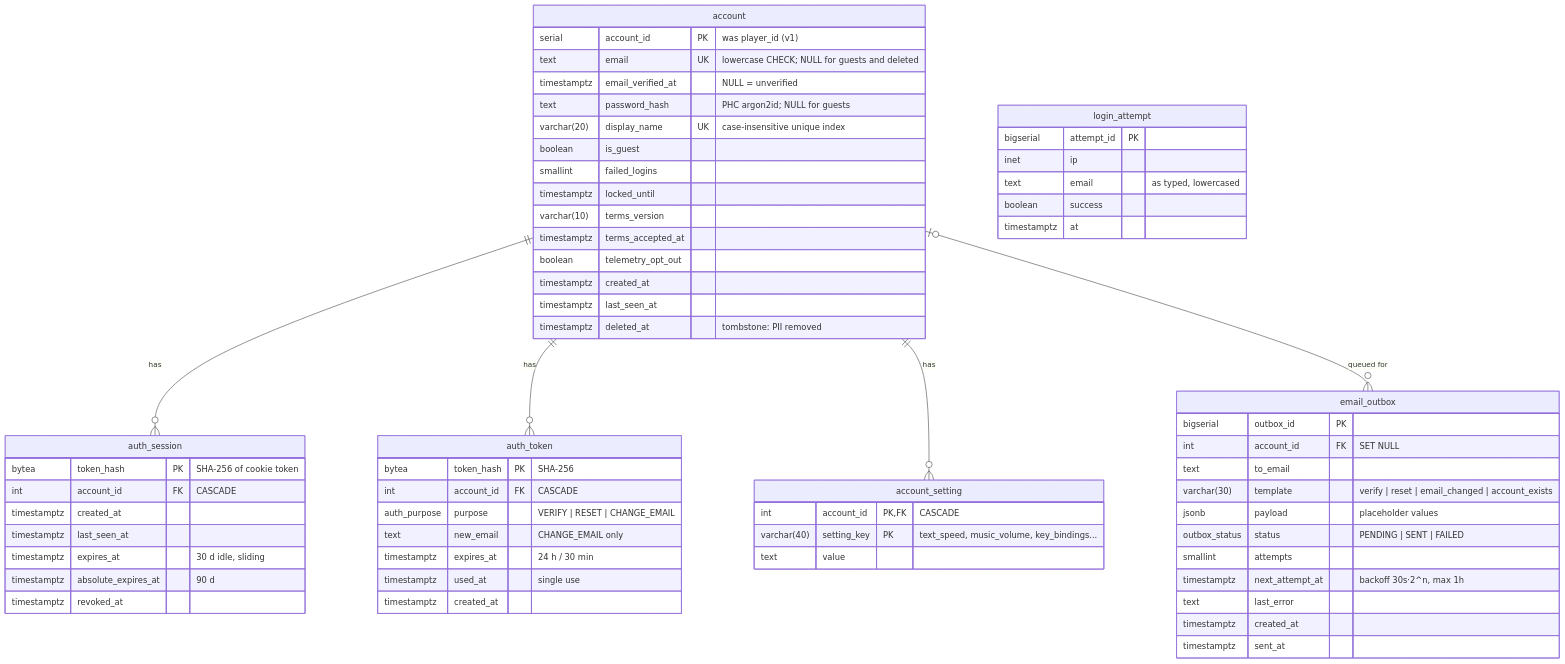
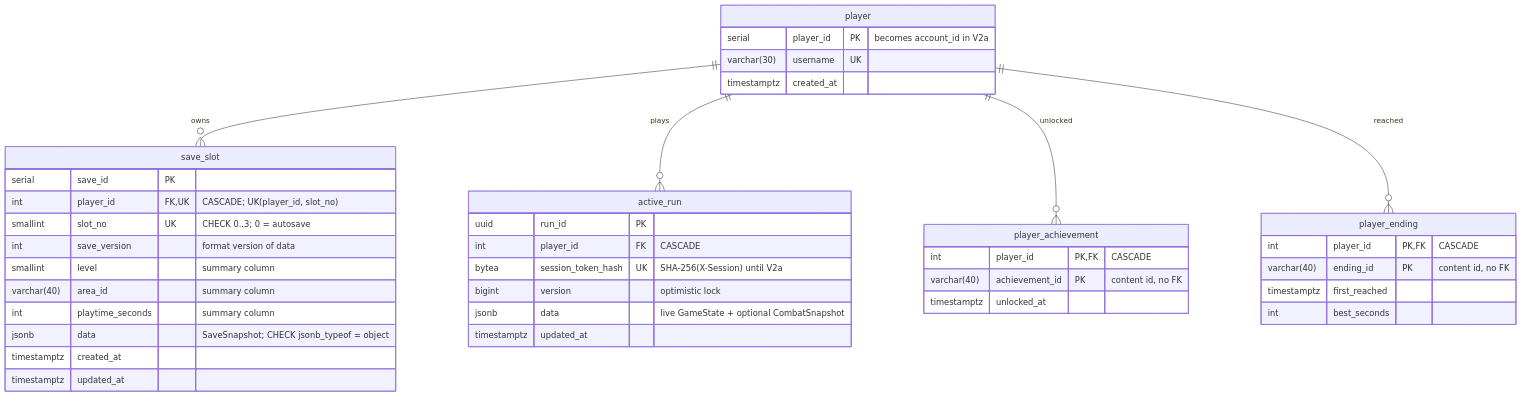
The first of 5 diagrams in docs/diagrams/er-diagram-v2.md (Shiven23-coder/shardbound), drawn with Mermaid before and after one commit. The commit also changed other lines of this file and 239 other files, not shown here.

````diff
--- a/docs/diagrams/er-diagram-v2.md
+++ b/docs/diagrams/er-diagram-v2.md
@@ -11,67 +19,44 @@
 ```mermaid
 erDiagram
-    account {
-        serial account_id PK "was player_id (v1)"
-        text email UK "lowercase CHECK; NULL for guests and deleted"
-        timestamptz email_verified_at "NULL = unverified"
-        text password_hash "PHC argon2id; NULL for guests"
-        varchar(20) display_name UK "case-insensitive unique index"
-        boolean is_guest
-        smallint failed_logins
-        timestamptz locked_until
-        varchar(10) terms_version
-        timestamptz terms_accepted_at
-        boolean telemetry_opt_out
-        timestamptz created_at
-        timestamptz last_seen_at
-        timestamptz deleted_at "tombstone: PII removed"
-    }
-    auth_session {
-        bytea token_hash PK "SHA-256 of cookie token"
-        int account_id FK "CASCADE"
-        timestamptz created_at
-        timestamptz last_seen_at
-        timestamptz expires_at "30 d idle, sliding"
-        timestamptz absolute_expires_at "90 d"
-        timestamptz revoked_at
-    }
-    auth_token {
-        bytea token_hash PK "SHA-256"
-        int account_id FK "CASCADE"
-        auth_purpose purpose "VERIFY | RESET | CHANGE_EMAIL"
-        text new_email "CHANGE_EMAIL only"
-        timestamptz expires_at "24 h / 30 min"
-        timestamptz used_at "single use"
+    player {
+        serial player_id PK "becomes account_id in V2a"
+        varchar(30) username UK
         timestamptz created_at
     }
-    login_attempt {
-        bigserial attempt_id PK
-        inet ip
-        text email "as typed, lowercased"
-        boolean success
-        timestamptz at
+    save_slot {
+        serial save_id PK
+        int player_id FK, UK "CASCADE; UK(player_id, slot_no)"
+        smallint slot_no UK "CHECK 0..3; 0 = autosave"
+        int save_version "format version of data"
+        smallint level "summary column"
+        varchar(40) area_id "summary column"
+        int playtime_seconds "summary column"
+        jsonb data "SaveSnapshot; CHECK jsonb_typeof = object"
+        timestamptz created_at
+        timestamptz updated_at
     }
-    account_setting {
-        int account_id PK, FK "CASCADE"
-        varchar(40) setting_key PK "text_speed, music_volume, key_bindings..."
-        text value
+    active_run {
+        uuid run_id PK
+        int player_id FK "CASCADE"
+        bytea session_token_hash UK "SHA-256(X-Session) until V2a"
+        bigint version "optimistic lock"
+        jsonb data "live GameState + optional CombatSnapshot"
+        timestamptz updated_at
     }
-    email_outbox {
-        bigserial outbox_id PK
-        int account_id FK "SET NULL"
-        text to_email
-        varchar(30) template "verify | reset | email_changed | account_exists"
-        jsonb payload "placeholder values"
-        outbox_status status "PENDING | SENT | FAILED"
-        smallint attempts
-        timestamptz next_attempt_at "backoff 30s·2^n, max 1h"
-        text last_error
-        timestamptz created_at
-        timestamptz sent_at
+    player_achievement {
+        int player_id PK, FK "CASCADE"
+        varchar(40) achievement_id PK "content id, no FK"
+        timestamptz unlocked_at
+    }
+    player_ending {
+        int player_id PK, FK "CASCADE"
+        varchar(40) ending_id PK "content id, no FK"
+        timestamptz first_reached
+        int best_seconds
     }
 
-    account ||--o{ auth_session : "has"
-    account ||--o{ auth_token : "has"
-    account ||--o{ account_setting : "has"
-    account |o--o{ email_outbox : "queued for"
+    player ||--o{ save_slot : "owns"
+    player ||--o{ active_run : "plays"
+    player ||--o{ player_achievement : "unlocked"
+    player ||--o{ player_ending : "reached"
 ```
````
